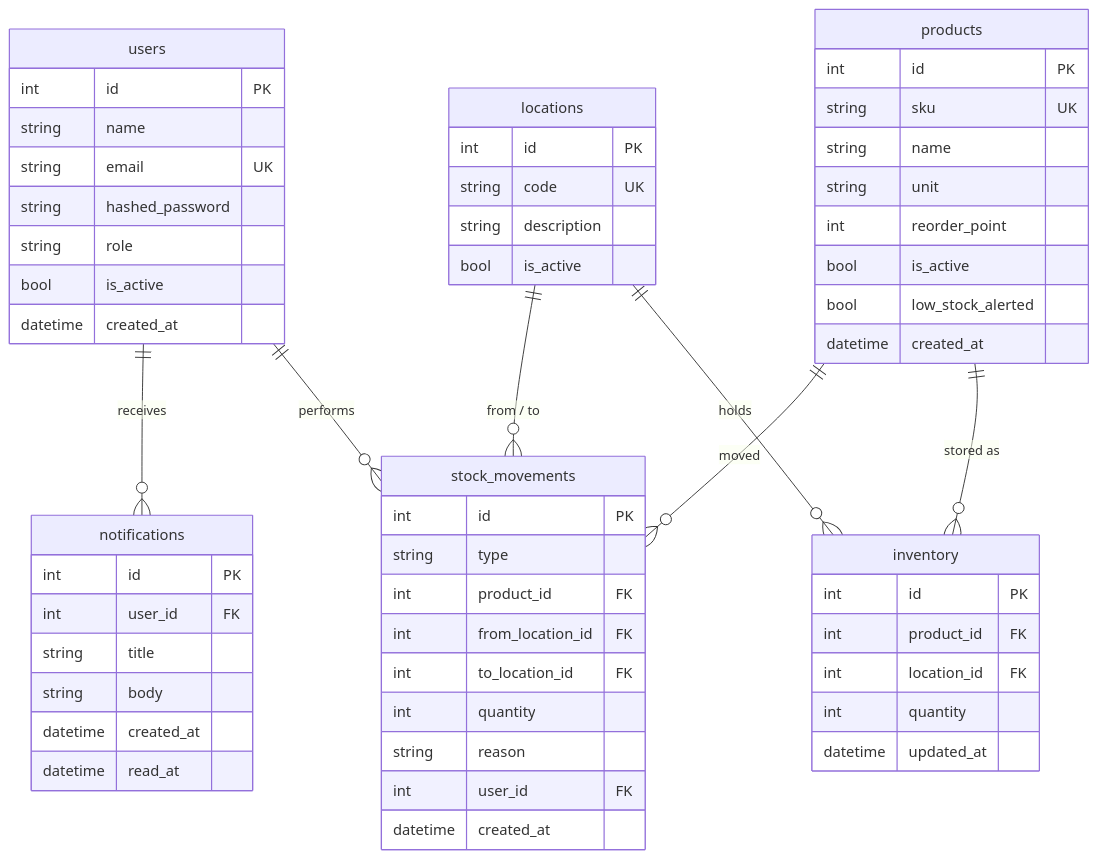
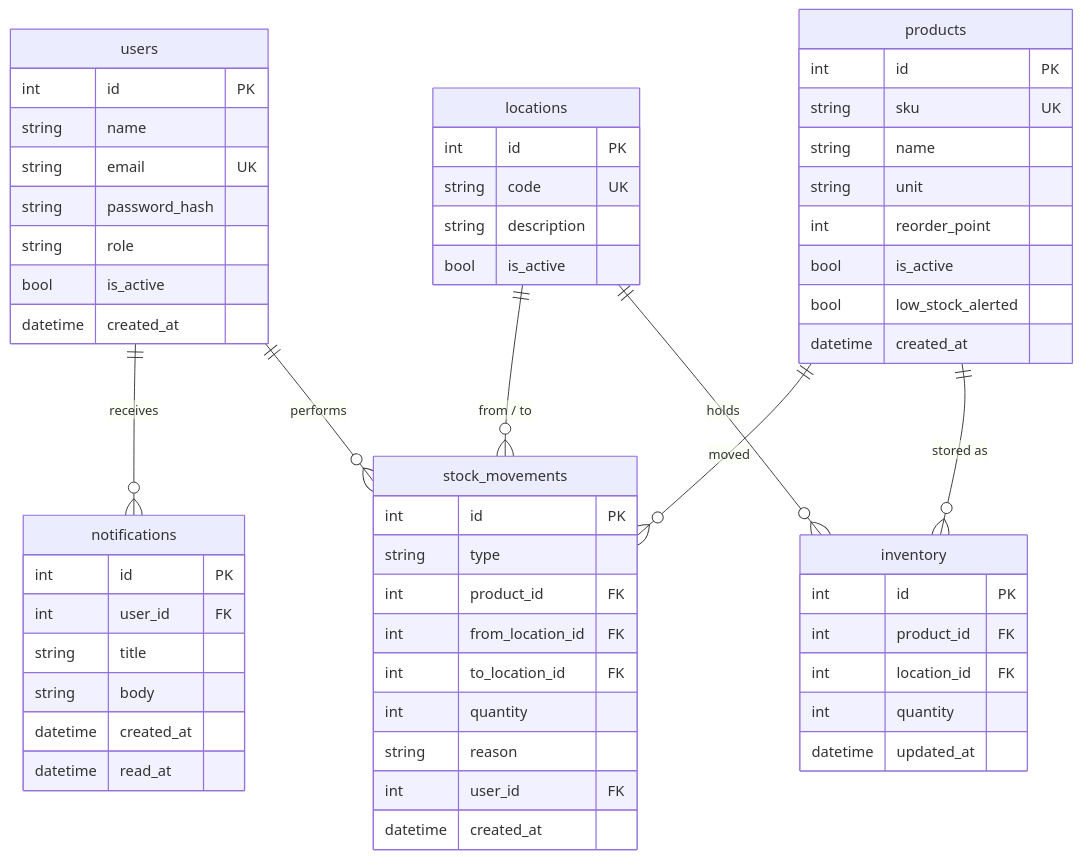
One commit to Amirrabah/smart-warehouse-management changed the diagram in docs/data-model.md. Above: the diagram before and after it, drawn with Mermaid. The commit also changed 8 other files, not shown here.

````diff
--- a/docs/data-model.md
+++ b/docs/data-model.md
@@ -3,61 +3,61 @@
 ```mermaid
 erDiagram
     users ||--o{ stock_movements : "performs"
     users ||--o{ notifications : "receives"
     products ||--o{ inventory : "stored as"
     locations ||--o{ inventory : "holds"
     products ||--o{ stock_movements : "moved"
     locations ||--o{ stock_movements : "from / to"
 
     users {
         int id PK
         string name
         string email UK
-        string hashed_password
+        string password_hash
         string role
         bool is_active
         datetime created_at
     }
     products {
         int id PK
         string sku UK
         string name
         string unit
         int reorder_point
         bool is_active
         bool low_stock_alerted
         datetime created_at
     }
     locations {
         int id PK
         string code UK
         string description
         bool is_active
     }
     inventory {
         int id PK
         int product_id FK
         int location_id FK
         int quantity
         datetime updated_at
     }
     stock_movements {
         int id PK
         string type
         int product_id FK
         int from_location_id FK
         int to_location_id FK
         int quantity
         string reason
         int user_id FK
         datetime created_at
     }
     notifications {
         int id PK
         int user_id FK
         string title
         string body
         datetime created_at
         datetime read_at
     }
 ```
````
